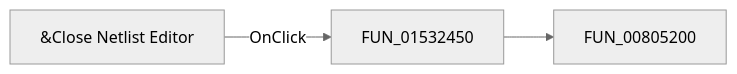
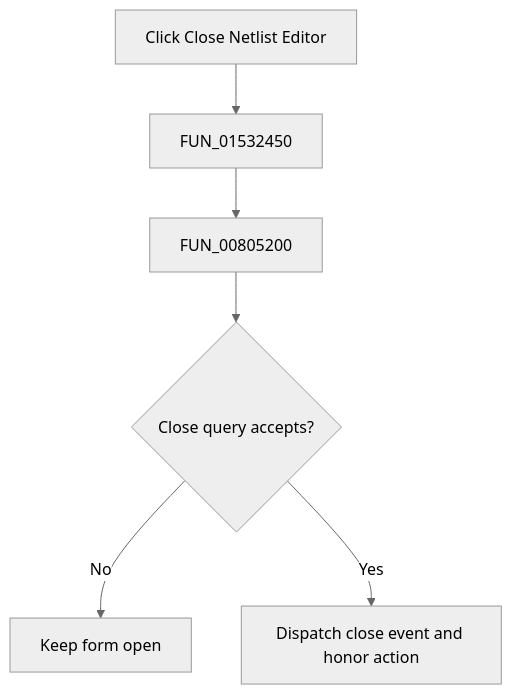
The diagram in docs/ui-controls/netlisteditor/miexit-9dddef910d.md (MovGP0/TIARA), drawn with Mermaid (neutral theme) before and after one commit. The commit also changed other lines of this file and 1062 other files, not shown here.

````diff
--- a/docs/ui-controls/netlisteditor/miexit-9dddef910d.md
+++ b/docs/ui-controls/netlisteditor/miexit-9dddef910d.md
@@ -27,5 +29,8 @@
 ```mermaid
-flowchart LR
-    control["&Close Netlist Editor"] -->|OnClick| handler["FUN_01532450"]
-    handler --> call1["FUN_00805200"]
+flowchart TD
+    control["Click Close Netlist Editor"] --> handler["FUN_01532450"]
+    handler --> close["FUN_00805200"]
+    close --> query{"Close query accepts?"}
+    query -->|No| cancel["Keep form open"]
+    query -->|Yes| action["Dispatch close event and honor action"]
 ```
````
